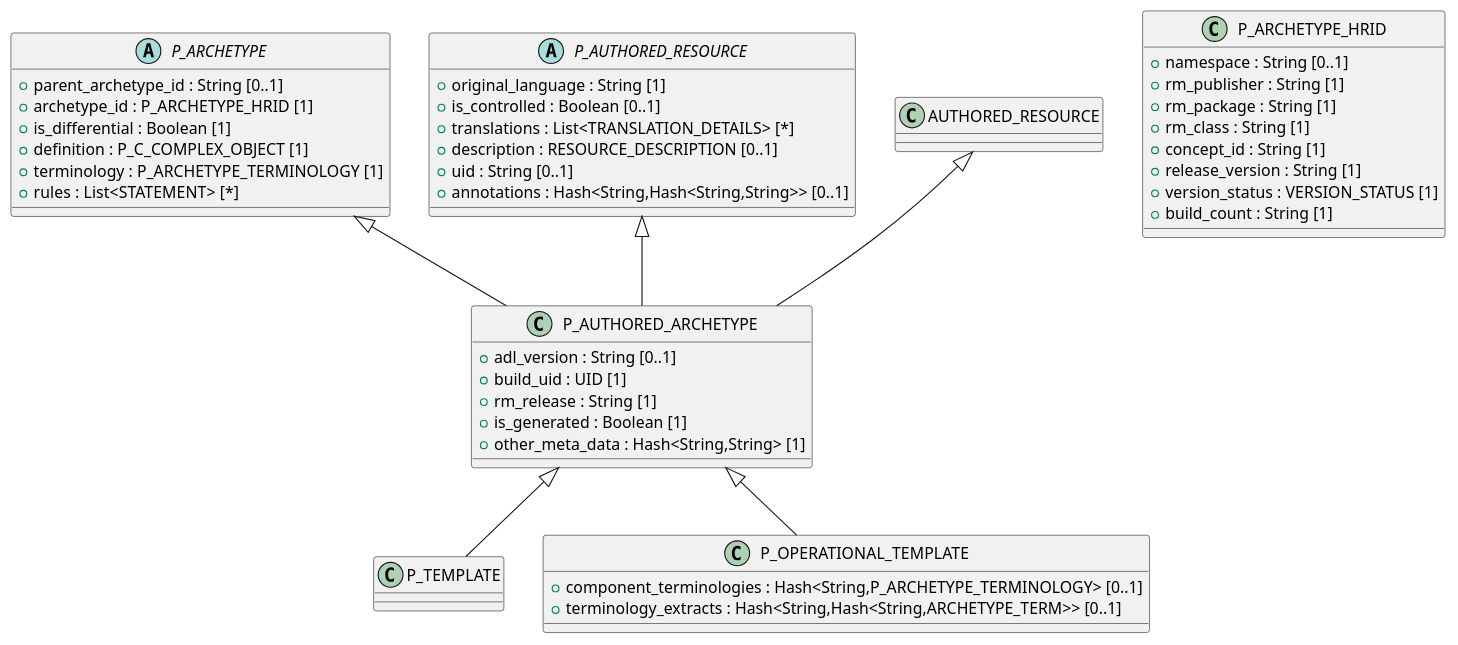
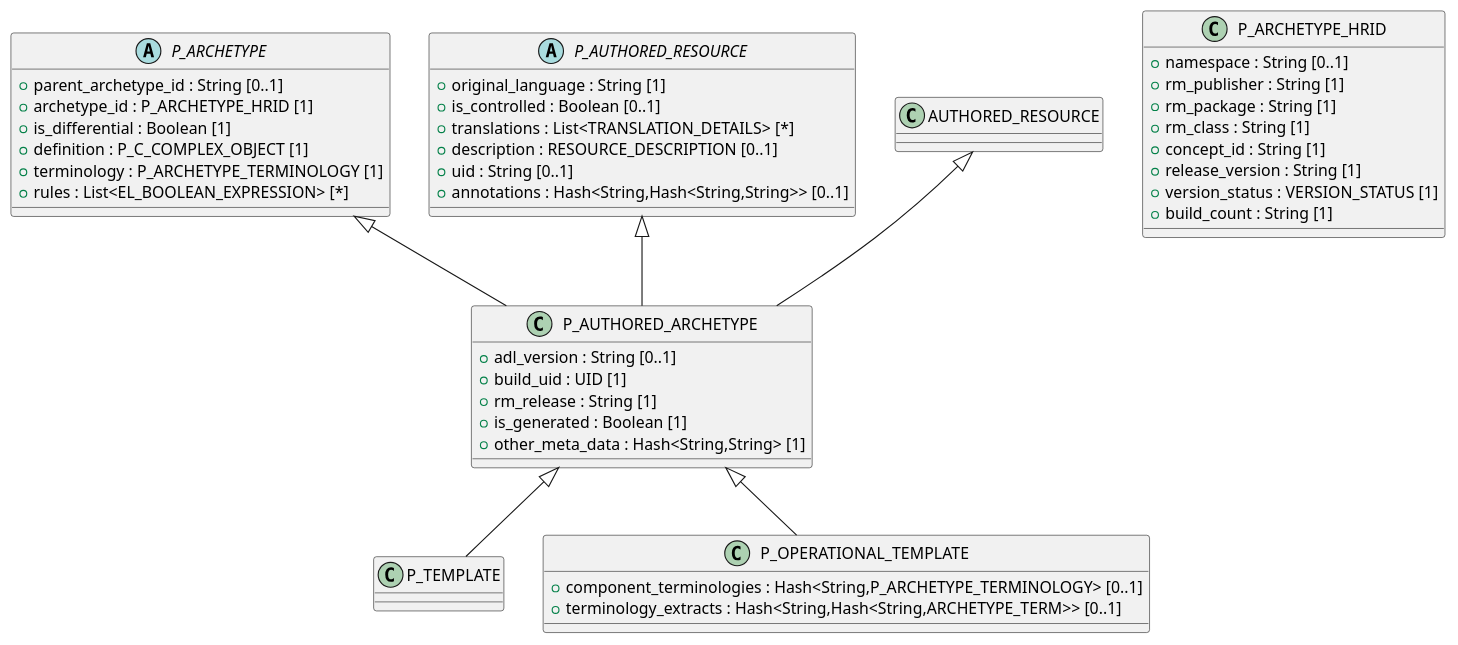
One commit to sebastian-iancu/code-generator changed the diagram in code/Adoc/openehr_am_2.4.0/plantUML/packages/org.openehr.am.aom2.persistence.archetype.adoc. Above: the diagram before and after it, drawn with PlantUML. The commit also changed 719 other files, not shown here.

```diff
--- a/code/Adoc/openehr_am_2.4.0/plantUML/packages/org.openehr.am.aom2.persistence.archetype.adoc
+++ b/code/Adoc/openehr_am_2.4.0/plantUML/packages/org.openehr.am.aom2.persistence.archetype.adoc
@@ -1,57 +1,57 @@
 [plantuml,archetype,format=svg,svg-type="inline"]
 -----
 @startuml
 
 abstract class P_ARCHETYPE {
   + parent_archetype_id : String [0..1]
   + archetype_id : P_ARCHETYPE_HRID [1]
   + is_differential : Boolean [1]
   + definition : P_C_COMPLEX_OBJECT [1]
   + terminology : P_ARCHETYPE_TERMINOLOGY [1]
-  + rules : List<STATEMENT> [*]
+  + rules : List<EL_BOOLEAN_EXPRESSION> [*]
 }
 
 class P_AUTHORED_ARCHETYPE {
   + adl_version : String [0..1]
   + build_uid : UID [1]
   + rm_release : String [1]
   + is_generated : Boolean [1]
   + other_meta_data : Hash<String,String> [1]
 }
 
 class P_TEMPLATE {
 }
 
 class P_OPERATIONAL_TEMPLATE {
   + component_terminologies : Hash<String,P_ARCHETYPE_TERMINOLOGY> [0..1]
   + terminology_extracts : Hash<String,Hash<String,ARCHETYPE_TERM>> [0..1]
 }
 
 class P_ARCHETYPE_HRID {
   + namespace : String [0..1]
   + rm_publisher : String [1]
   + rm_package : String [1]
   + rm_class : String [1]
   + concept_id : String [1]
   + release_version : String [1]
   + version_status : VERSION_STATUS [1]
   + build_count : String [1]
 }
 
 abstract class P_AUTHORED_RESOURCE {
   + original_language : String [1]
   + is_controlled : Boolean [0..1]
   + translations : List<TRANSLATION_DETAILS> [*]
   + description : RESOURCE_DESCRIPTION [0..1]
   + uid : String [0..1]
   + annotations : Hash<String,Hash<String,String>> [0..1]
 }
 
 P_ARCHETYPE <|-- P_AUTHORED_ARCHETYPE
 AUTHORED_RESOURCE <|-- P_AUTHORED_ARCHETYPE
 P_AUTHORED_RESOURCE <|-- P_AUTHORED_ARCHETYPE
 P_AUTHORED_ARCHETYPE <|-- P_TEMPLATE
 P_AUTHORED_ARCHETYPE <|-- P_OPERATIONAL_TEMPLATE
 
 @enduml
 -----
```
